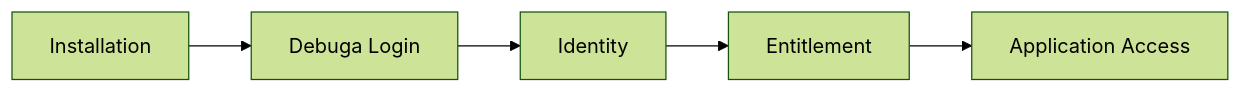
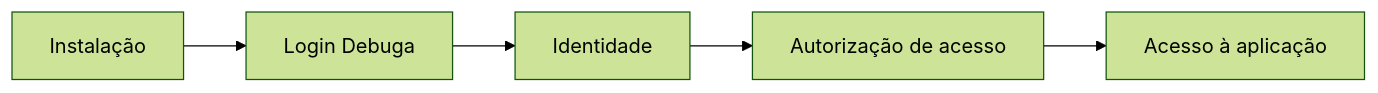
Before and after one commit to SperryTecnologia/debuga-community: the fifth of 6 diagrams in README.md, drawn with Mermaid (forest theme). The commit also changed other lines of this file and 4 other files, not shown here.

````diff
--- a/README.md
+++ b/README.md
@@ -250,13 +260,13 @@
 ```mermaid
 flowchart LR
-    INSTALL["Installation"]
-    LOGIN["Debuga Login"]
-    ID["Identity"]
-    ENT["Entitlement"]
-    APP["Application Access"]
+    INSTALL["Instalação"]
+    LOGIN["Login Debuga"]
+    ID["Identidade"]
+    ENT["Autorização de acesso"]
+    APP["Acesso à aplicação"]
 
     INSTALL --> LOGIN
     LOGIN --> ID
     ID --> ENT
     ENT --> APP
 ```
````
